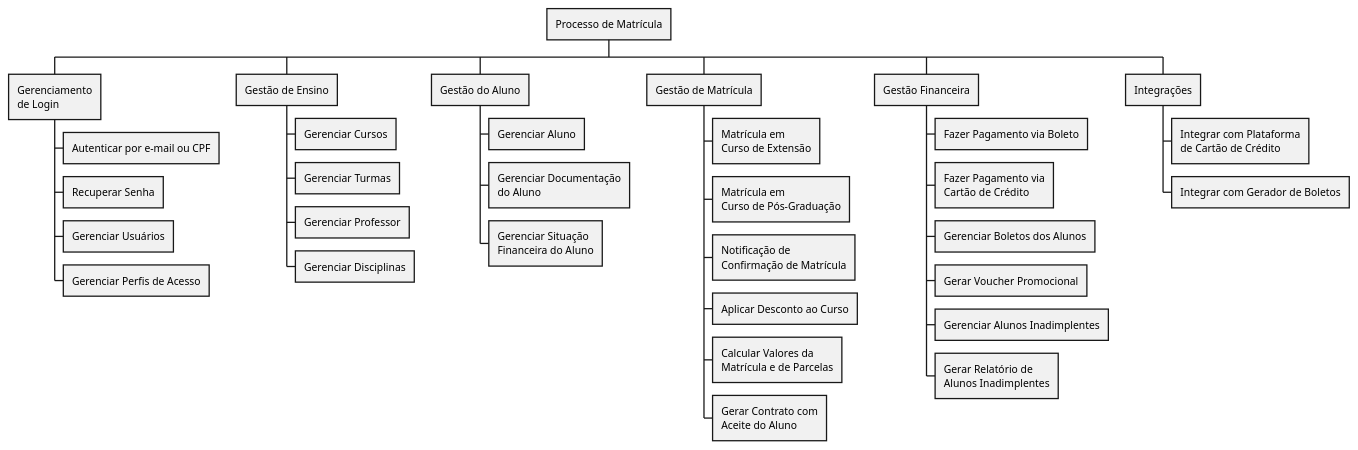
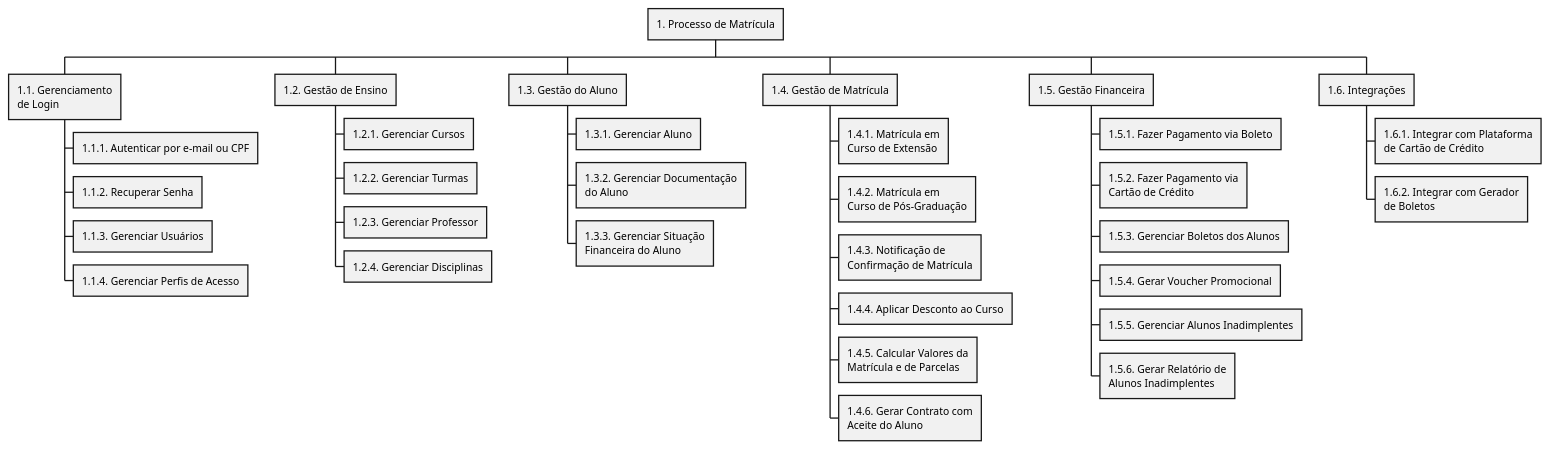
The diagram in diagrama-eap.puml (PosGraduacaoEquipe7/diagramas-plant-uml), drawn with PlantUML before and after one commit.

Commit message:
Adicionados códigos nas atividades

```diff
--- a/diagrama-eap.puml
+++ b/diagrama-eap.puml
@@ -1,62 +1,36 @@
 @startwbs EAP
 
-* Processo de Matrícula
-** Gerenciamento\nde Login
-*** Autenticar por e-mail ou CPF
-*** Recuperar Senha
-*** Gerenciar Usuários
-*** Gerenciar Perfis de Acesso
-** Gestão de Ensino
-*** Gerenciar Cursos
-*** Gerenciar Turmas
-*** Gerenciar Professor
-*** Gerenciar Disciplinas
-** Gestão do Aluno
-*** Gerenciar Aluno
-*** Gerenciar Documentação\ndo Aluno
-*** Gerenciar Situação\nFinanceira do Aluno
-** Gestão de Matrícula
-*** Matrícula em\nCurso de Extensão
-*** Matrícula em\nCurso de Pós-Graduação
-*** Notificação de\nConfirmação de Matrícula
-*** Aplicar Desconto ao Curso
-*** Calcular Valores da\nMatrícula e de Parcelas
-*** Gerar Contrato com\nAceite do Aluno
-** Gestão Financeira
-*** Fazer Pagamento via Boleto
-*** Fazer Pagamento via\nCartão de Crédito
-*** Gerenciar Boletos dos Alunos
-*** Gerar Voucher Promocional
-*** Gerenciar Alunos Inadimplentes
-*** Gerar Relatório de\nAlunos Inadimplentes
-** Integrações
-*** Integrar com Plataforma\nde Cartão de Crédito
-*** Integrar com Gerador de Boletos
-
-' v 1. Autenticar por e-mail ou CPF;
-' v 2. Recuperar Senha;
-' v 3. Gerenciar Usuários;
-' v 4. Gerenciar Perfis de Acesso;
-' v 5. Gerenciar Cursos;
-' v 6. Gerenciar Turmas;
-' v 7. Gerenciar Professor;
-' v 8. Gerenciar Disciplinas (Carga Horária, Ementa e Pré-Requisitos);
-' v 9. Gerenciar Aluno;
-' v 10.Gerenciar Documentação do Aluno;
-' v 11.Realizar Matrícula em Curso de Extensão;
-' v 12.Realizar Matrícula em Curso de Pós-Graduação;
-' v 13.Enviar Notificação de Confirmação de Matrícula;
-' v 14.Aplicar Desconto ao Curso;
-' v 15.Calcular Valores da Matrícula e de Parcelas;
-' v 16.Gerar Contrato com Aceite do Aluno;
-' v 17.Fazer Pagamento via Boleto;
-' v 18.Integrar com Gerador de Boletos;
-' v 19.Fazer Pagamento via Cartão de Crédito;
-' v 20.Integrar com Plataforma de Cartão de Crédito;
-' v 21.Gerenciar Situação Financeira do Aluno;
-'   22.Gerar Relatório de Alunos Inadimplentes;
-' v 23.Gerenciar Boletos dos Alunos;
-' v 24.Gerar Voucher Promocional;
-' v 25.Gerenciar Alunos Inadimplentes;
+* 1. Processo de Matrícula
+** 1.1. Gerenciamento\nde Login
+*** 1.1.1. Autenticar por e-mail ou CPF
+*** 1.1.2. Recuperar Senha
+*** 1.1.3. Gerenciar Usuários
+*** 1.1.4. Gerenciar Perfis de Acesso
+** 1.2. Gestão de Ensino
+*** 1.2.1. Gerenciar Cursos
+*** 1.2.2. Gerenciar Turmas
+*** 1.2.3. Gerenciar Professor
+*** 1.2.4. Gerenciar Disciplinas
+** 1.3. Gestão do Aluno
+*** 1.3.1. Gerenciar Aluno
+*** 1.3.2. Gerenciar Documentação\ndo Aluno
+*** 1.3.3. Gerenciar Situação\nFinanceira do Aluno
+** 1.4. Gestão de Matrícula
+*** 1.4.1. Matrícula em\nCurso de Extensão
+*** 1.4.2. Matrícula em\nCurso de Pós-Graduação
+*** 1.4.3. Notificação de\nConfirmação de Matrícula
+*** 1.4.4. Aplicar Desconto ao Curso
+*** 1.4.5. Calcular Valores da\nMatrícula e de Parcelas
+*** 1.4.6. Gerar Contrato com\nAceite do Aluno
+** 1.5. Gestão Financeira
+*** 1.5.1. Fazer Pagamento via Boleto
+*** 1.5.2. Fazer Pagamento via\nCartão de Crédito
+*** 1.5.3. Gerenciar Boletos dos Alunos
+*** 1.5.4. Gerar Voucher Promocional
+*** 1.5.5. Gerenciar Alunos Inadimplentes
+*** 1.5.6. Gerar Relatório de\nAlunos Inadimplentes
+** 1.6. Integrações
+*** 1.6.1. Integrar com Plataforma\nde Cartão de Crédito
+*** 1.6.2. Integrar com Gerador\nde Boletos
 
 @endwbs
```
